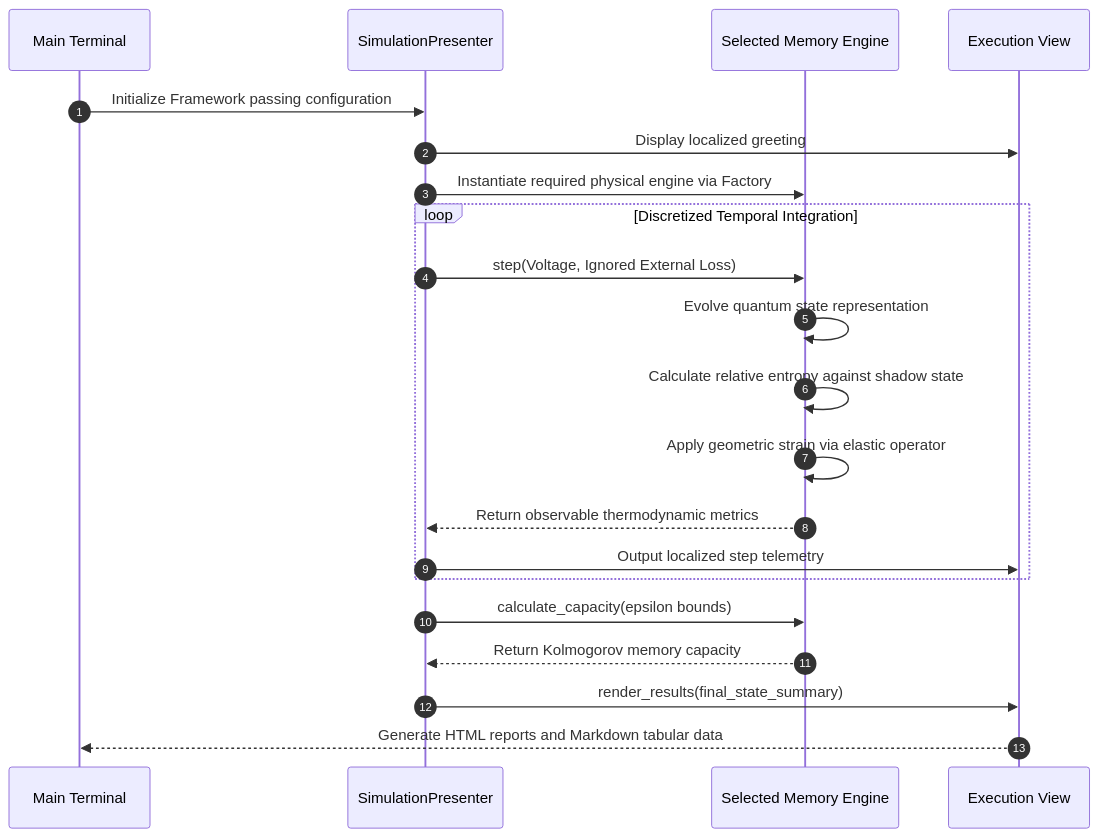
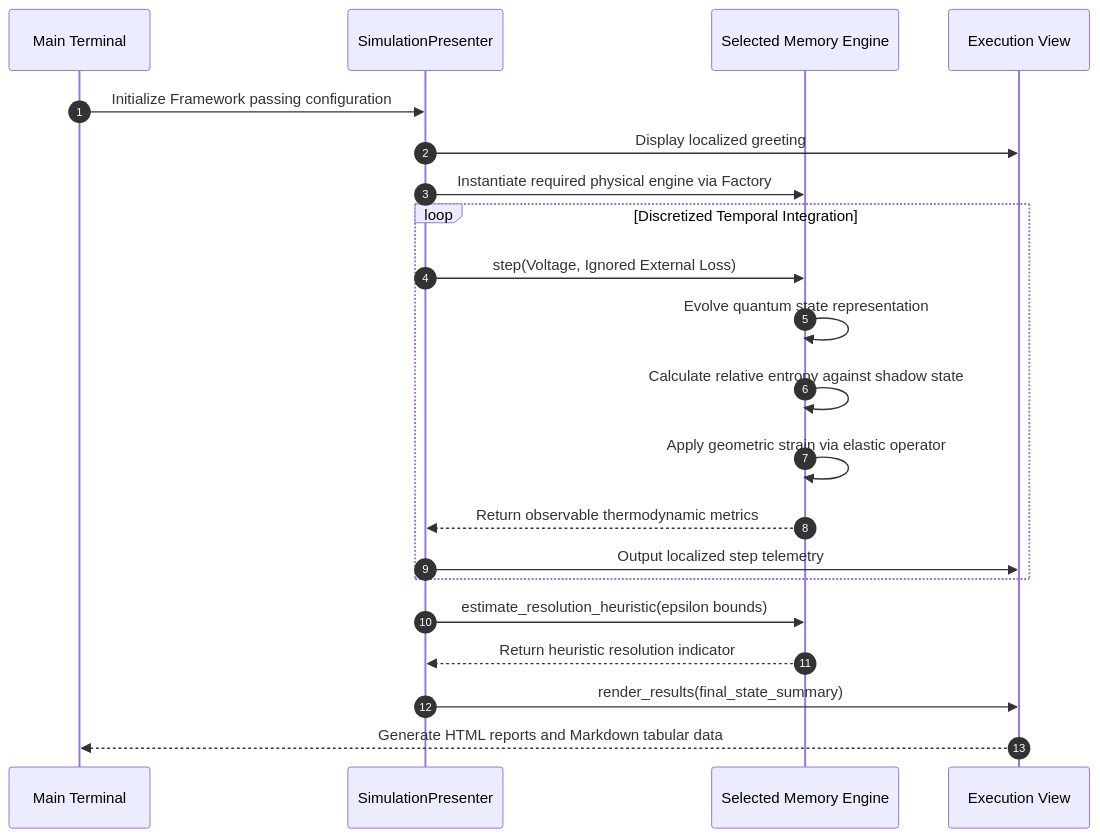
One commit to QC-UPM/OgTRQC changed the third of 3 diagrams in README.md. Above: the diagram before and after it, drawn with Mermaid. The commit also changed other lines of this file and 100 other files, not shown here.

````diff
--- a/README.md
+++ b/README.md
@@ -148,26 +158,26 @@
 ```mermaid
 sequenceDiagram
     autonumber
     Participant CLI as Main Terminal
     Participant P as SimulationPresenter
     Participant M as Selected Memory Engine
     Participant V as Execution View
 
     CLI ->> P: Initialize Framework passing configuration
     P ->> V: Display localized greeting
     P ->> M: Instantiate required physical engine via Factory
     
     loop Discretized Temporal Integration
         P ->> M: step(Voltage, Ignored External Loss)
         M ->> M: Evolve quantum state representation
         M ->> M: Calculate relative entropy against shadow state
         M ->> M: Apply geometric strain via elastic operator
         M -->> P: Return observable thermodynamic metrics
         P ->> V: Output localized step telemetry
     end
     
-    P ->> M: calculate_capacity(epsilon bounds)
-    M -->> P: Return Kolmogorov memory capacity
+    P ->> M: estimate_resolution_heuristic(epsilon bounds)
+    M -->> P: Return heuristic resolution indicator
     P ->> V: render_results(final_state_summary)
     V -->> CLI: Generate HTML reports and Markdown tabular data
 ```
````
